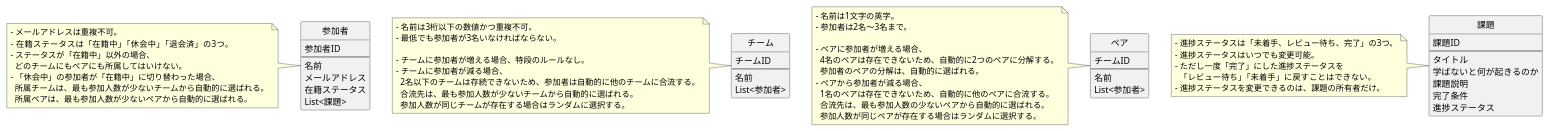
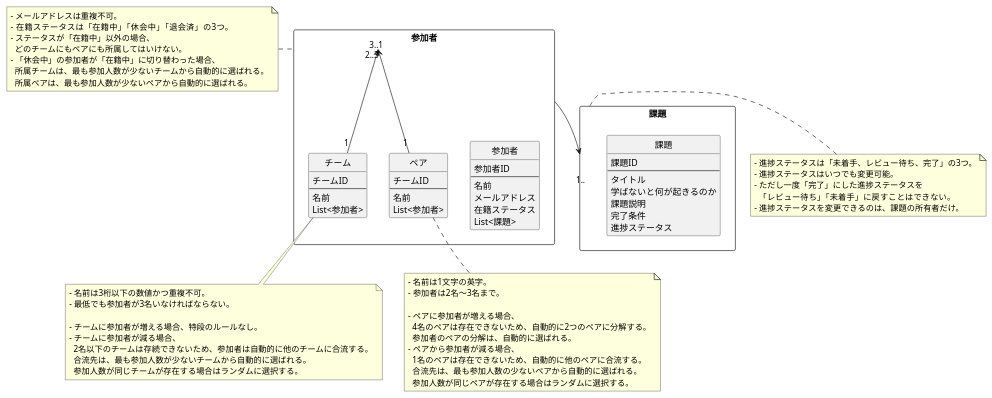
One commit to kooooichi24/praha-challenge-pair-1a changed the diagram in 36/modeling/domain-model.wsd. Above: the diagram before and after it, drawn with PlantUML. The commit also changed 1 other file, not shown here.

```diff
--- a/36/modeling/domain-model.wsd
+++ b/36/modeling/domain-model.wsd
@@ -1,78 +1,90 @@
 @startuml domain-model
 
 ' hide the spot
 hide circle
 
-entity 参加者 {
-  参加者ID
-  --
-  名前
-  メールアドレス
-  在籍ステータス
-  List<課題>
+rectangle 参加者 {
+  entity 参加者 {
+    参加者ID
+    --
+    名前
+    メールアドレス
+    在籍ステータス
+    List<課題>
+  }
+
+  entity チーム {
+    チームID
+    --
+    名前
+    List<参加者>
+  }
+
+  entity ペア {
+    チームID
+    --
+    名前
+    List<参加者>
+  }
 }
-note left
+
+
+note left of 参加者
 - メールアドレスは重複不可。
 - 在籍ステータスは「在籍中」「休会中」「退会済」の3つ。
 - ステータスが「在籍中」以外の場合、
   どのチームにもペアにも所属してはいけない。
 - 「休会中」の参加者が「在籍中」に切り替わった場合、
   所属チームは、最も参加人数が少ないチームから自動的に選ばれる。
   所属ペアは、最も参加人数が少ないペアから自動的に選ばれる。
 end note
 
-entity チーム {
-  チームID
-  --
-  名前
-  List<参加者>
-}
-note left
+note bottom of チーム
 - 名前は3桁以下の数値かつ重複不可。
 - 最低でも参加者が3名いなければならない。
 
 - チームに参加者が増える場合、特段のルールなし。
 - チームに参加者が減る場合、
   2名以下のチームは存続できないため、参加者は自動的に他のチームに合流する。
   合流先は、最も参加人数が少ないチームから自動的に選ばれる。
   参加人数が同じチームが存在する場合はランダムに選択する。
 end note
 
-
-entity ペア {
-  チームID
-  --
-  名前
-  List<参加者>
-}
-note left
+note bottom of ペア
 - 名前は1文字の英字。
 - 参加者は2名〜3名まで。
 
 - ペアに参加者が増える場合、
   4名のペアは存在できないため、自動的に2つのペアに分解する。
   参加者のペアの分解は、自動的に選ばれる。
 - ペアから参加者が減る場合、
   1名のペアは存在できないため、自動的に他のペアに合流する。
   合流先は、最も参加人数の少ないペアから自動的に選ばれる。
   参加人数が同じペアが存在する場合はランダムに選択する。
 end note
 
-entity 課題 {
-  課題ID
-  --
-  タイトル
-  学ばないと何が起きるのか
-  課題説明
-  完了条件
-  進捗ステータス
+rectangle 課題 {
+  entity 課題 {
+    課題ID
+    --
+    タイトル
+    学ばないと何が起きるのか
+    課題説明
+    完了条件
+    進捗ステータス
+  }
 }
-note left
+note right of 課題
 - 進捗ステータスは「未着手、レビュー待ち、完了」の3つ。
 - 進捗ステータスはいつでも変更可能。
 - ただし一度「完了」にした進捗ステータスを
   「レビュー待ち」「未着手」に戻すことはできない。
 - 進捗ステータスを変更できるのは、課題の所有者だけ。
 end note
 
+
+参加者 "3.." <-- "1" チーム
+参加者 "2..3" <-- "1" ペア
+参加者 "1" --> "1.." 課題
+
 @enduml
```
